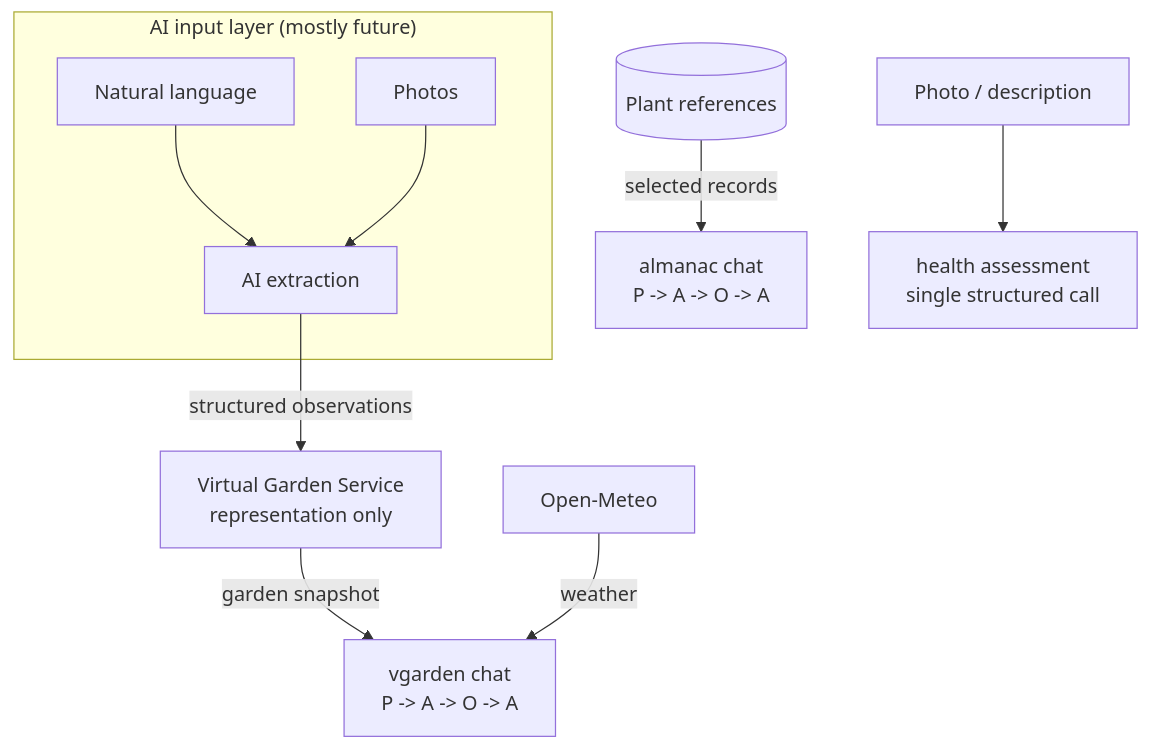
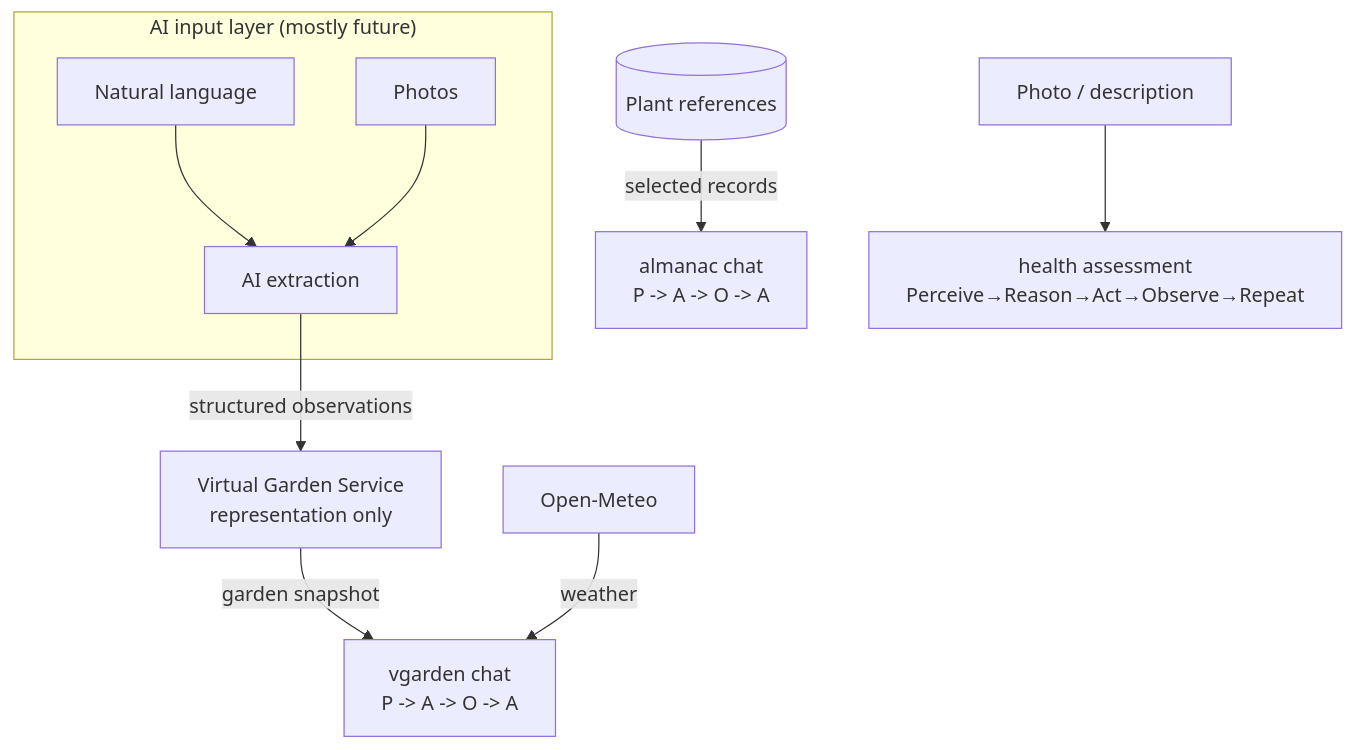
The second of 2 diagrams in docs/ai/architecture.md (Bageutter/Plant-Management-System), drawn with Mermaid before and after one commit. The commit also changed 61 other files, not shown here.

````diff
--- a/docs/ai/architecture.md
+++ b/docs/ai/architecture.md
@@ -98,15 +98,15 @@
 ```mermaid
 flowchart TD
     subgraph Input["AI input layer (mostly future)"]
         NL[Natural language] --> EX[AI extraction]
         IMG[Photos] --> EX
     end
     EX -->|structured observations| VG[Virtual Garden Service\nrepresentation only]
 
     VG -->|garden snapshot| VGA[vgarden chat\nP -> A -> O -> A]
     W[Open-Meteo] -->|weather| VGA
 
     ALM[(Plant references)] -->|selected records| ALMA[almanac chat\nP -> A -> O -> A]
 
-    PHOTO[Photo / description] --> HLTH[health assessment\nsingle structured call]
+    PHOTO[Photo / description] --> HLTH[health assessment\nPerceive→Reason→Act→Observe→Repeat]
 ```
````
